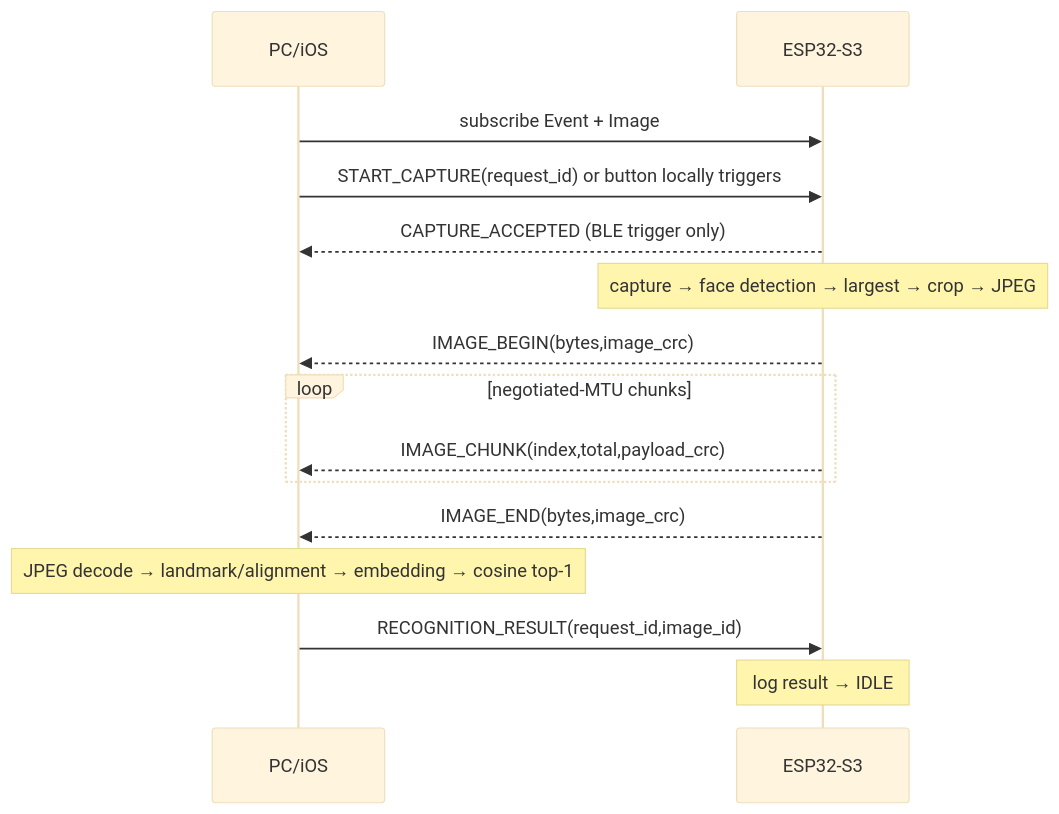
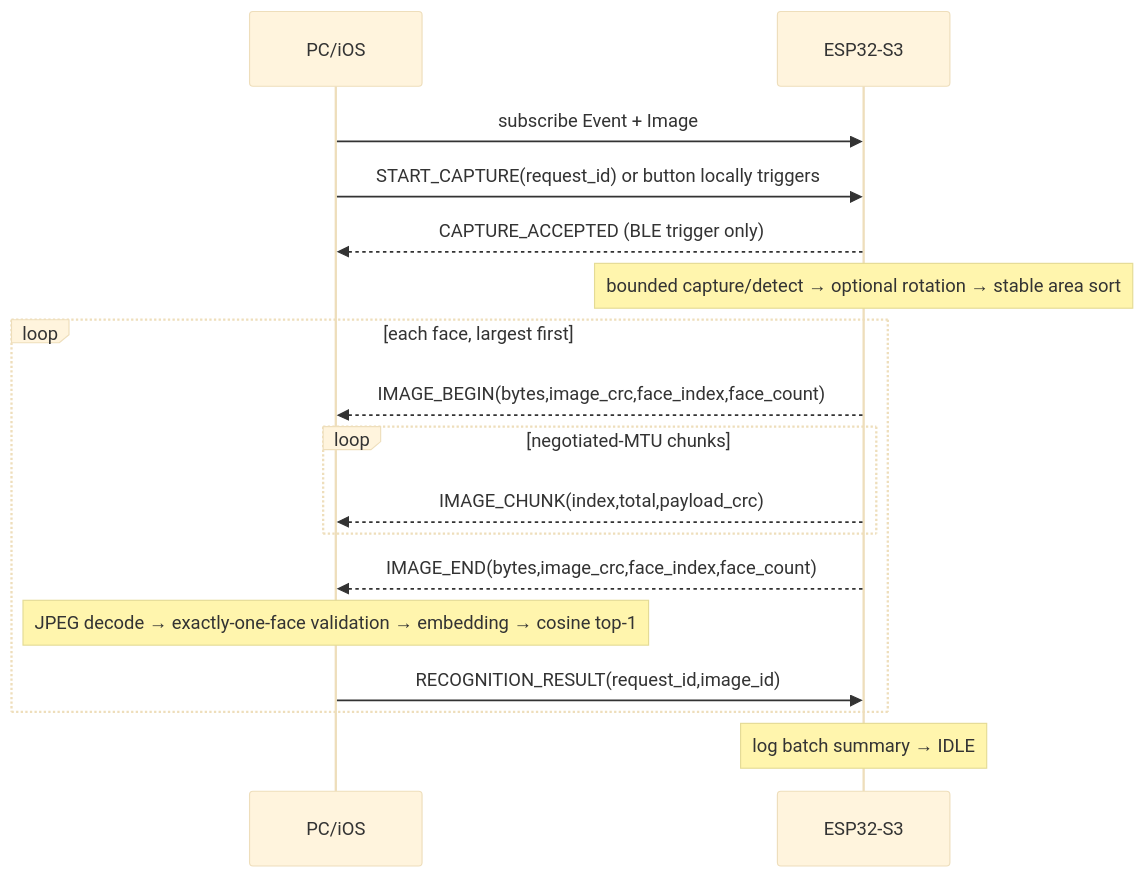
One commit to CrocoFishing/DetectPipeDemo changed the second of 2 diagrams in docs/BLE_PROTOCOL.md. Above: the diagram before and after it, drawn with Mermaid (base theme). The commit also changed other lines of this file and 56 other files, not shown here.

````diff
--- a/docs/BLE_PROTOCOL.md
+++ b/docs/BLE_PROTOCOL.md
@@ -97,17 +127,19 @@
 ```mermaid
 sequenceDiagram
   participant C as PC/iOS
   participant E as ESP32-S3
   C->>E: subscribe Event + Image
   C->>E: START_CAPTURE(request_id) or button locally triggers
   E-->>C: CAPTURE_ACCEPTED (BLE trigger only)
-  Note over E: capture → face detection → largest → crop → JPEG
-  E-->>C: IMAGE_BEGIN(bytes,image_crc)
-  loop negotiated-MTU chunks
-    E-->>C: IMAGE_CHUNK(index,total,payload_crc)
+  Note over E: bounded capture/detect → optional rotation → stable area sort
+  loop each face, largest first
+    E-->>C: IMAGE_BEGIN(bytes,image_crc,face_index,face_count)
+    loop negotiated-MTU chunks
+      E-->>C: IMAGE_CHUNK(index,total,payload_crc)
+    end
+    E-->>C: IMAGE_END(bytes,image_crc,face_index,face_count)
+    Note over C: JPEG decode → exactly-one-face validation → embedding → cosine top-1
+    C->>E: RECOGNITION_RESULT(request_id,image_id)
   end
-  E-->>C: IMAGE_END(bytes,image_crc)
-  Note over C: JPEG decode → landmark/alignment → embedding → cosine top-1
-  C->>E: RECOGNITION_RESULT(request_id,image_id)
-  Note over E: log result → IDLE
+  Note over E: log batch summary → IDLE
 ```
````
